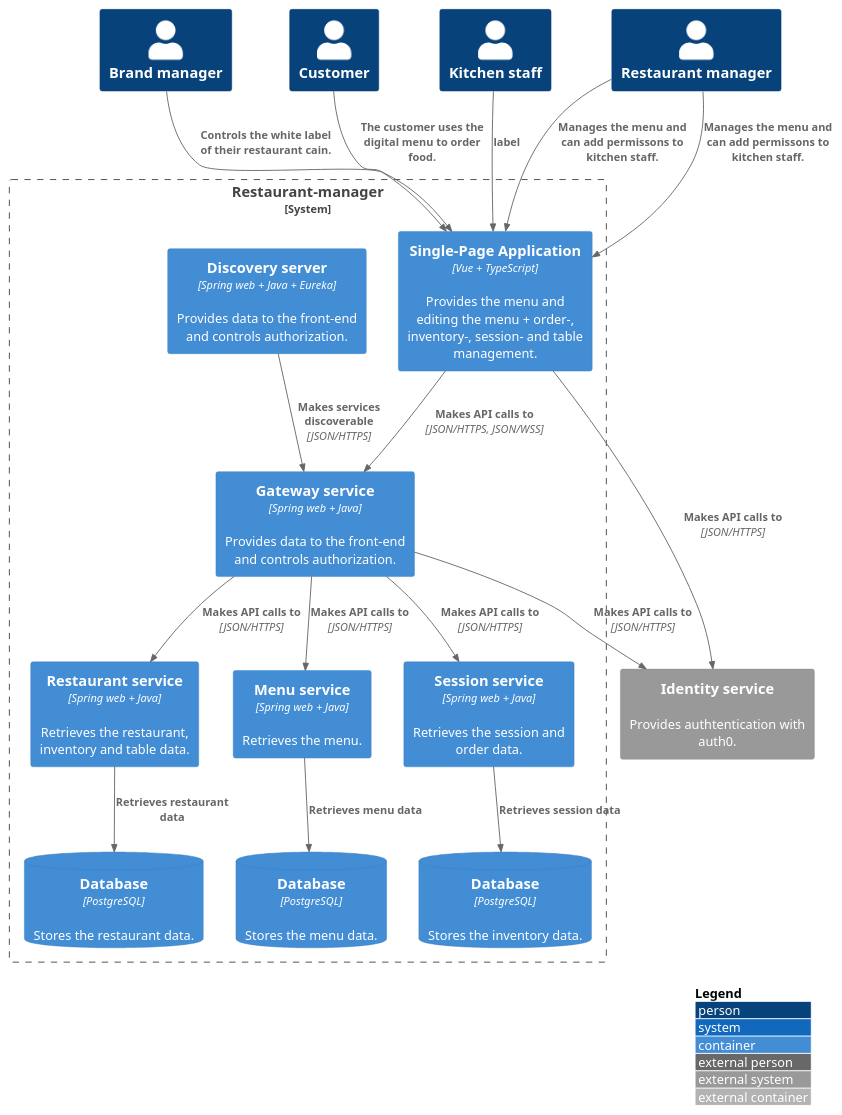
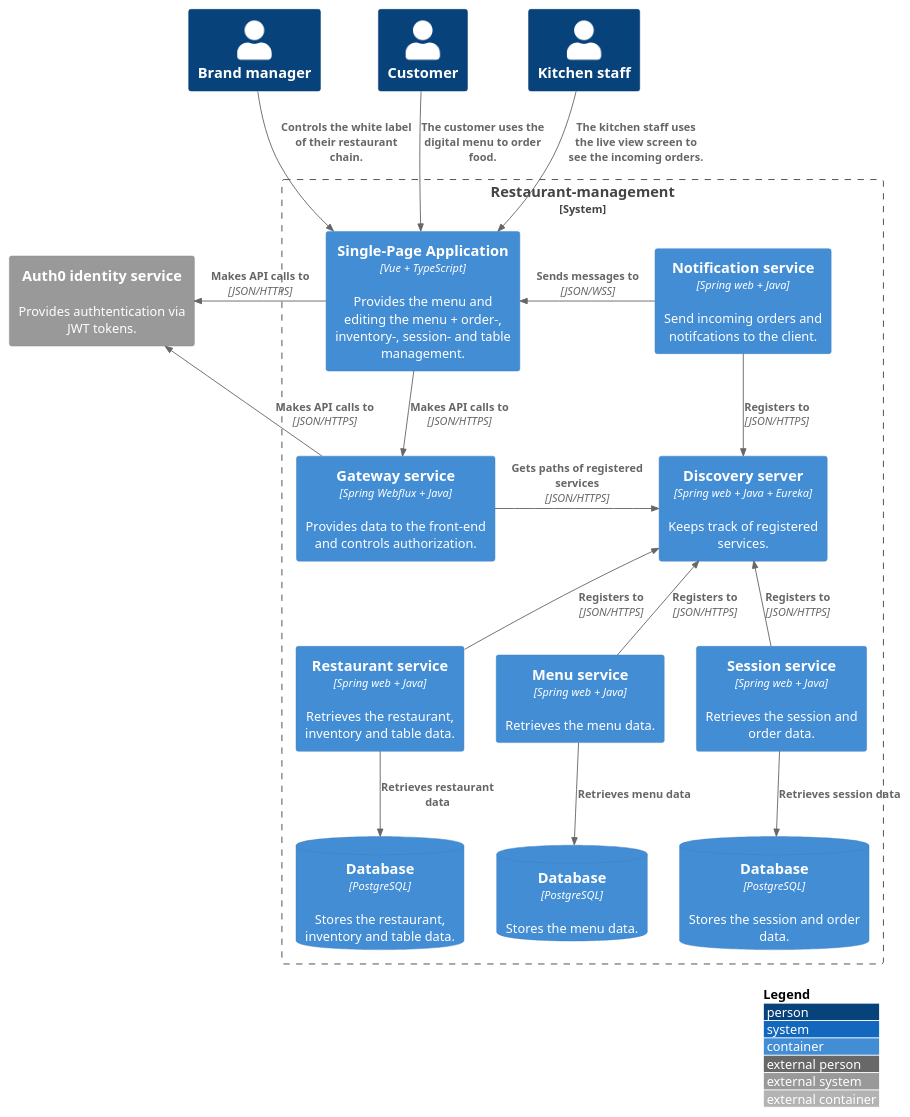
Before and after one commit to FHICT-Owen/S3-GPS-DOCS: the diagram in diagrams/container.puml, drawn with PlantUML.

```diff
--- a/diagrams/container.puml
+++ b/diagrams/container.puml
@@ -1,48 +1,49 @@
 @startuml C4_Elements
 !include https://raw.githubusercontent.com/plantuml-stdlib/C4-PlantUML/master/C4_Container.puml
 
 LAYOUT_WITH_LEGEND()
 
 Person(brand, "Brand manager")
 Person(customer, "Customer")
 Person(staff, "Kitchen staff")
-Person(manager, "Restaurant manager")
 
-System_Ext(identity, "Identity service", "Provides authtentication with auth0.")
+System_Ext(identity, "Auth0 identity service", "Provides authtentication via JWT tokens.")
 
-System_Boundary(boundry, "Restaurant-manager"){
+System_Boundary(boundry, "Restaurant-management"){
 	Container(spa, "Single-Page Application", "Vue + TypeScript", "Provides the menu and editing the menu + order-, inventory-, session- and table management.")
+	
+	Container(gateway, "Gateway service", "Spring Webflux + Java", "Provides data to the front-end and controls authorization.")
+	
+	Container(discovery, "Discovery server", "Spring web + Java + Eureka", "Keeps track of registered services.")
+	
+	Container(restaurant_service, "Restaurant service", "Spring web + Java", "Retrieves the restaurant, inventory and table data.")
+	Container(menu_service, "Menu service", "Spring web + Java", "Retrieves the menu data.")
+	Container(session_service, "Session service", "Spring web + Java", "Retrieves the session and order data.")
+	Container(notification, "Notification service", "Spring web + Java", "Send incoming orders and notifcations to the client.")
 
-	Container(discovery, "Discovery server", "Spring web + Java + Eureka", "Provides data to the front-end and controls authorization.")
-	Container(gateway, "Gateway service", "Spring web + Java", "Provides data to the front-end and controls authorization.")
-
-	Container(restaurant_service, "Restaurant service", "Spring web + Java", "Retrieves the restaurant, inventory and table data.")
-	Container(menu_service, "Menu service", "Spring web + Java", "Retrieves the menu.")
-	Container(session_service, "Session service", "Spring web + Java", "Retrieves the session and order data.")
-
-	ContainerDb(restaurant_db, "Database", "PostgreSQL", "Stores the restaurant data.")
+	ContainerDb(restaurant_db, "Database", "PostgreSQL", "Stores the restaurant, inventory and table data.")
 	ContainerDb(menu_db, "Database", "PostgreSQL", "Stores the menu data.")
-	ContainerDb(session_db, "Database", "PostgreSQL", "Stores the inventory data.")
+	ContainerDb(session_db, "Database", "PostgreSQL", "Stores the session and order data.")
 }
 
-Rel(customer, spa, "The customer uses the digital menu to order food.")
-Rel(staff, spa, "label")
-Rel(manager, spa, "Manages the menu and can add permissons to kitchen staff.")
-Rel(manager, spa, "Manages the menu and can add permissons to kitchen staff.")
-Rel(brand, spa, "Controls the white label of their restaurant cain.")
+Rel_D(customer, spa, "The customer uses the digital menu to order food.")
+Rel_D(staff, spa, "The kitchen staff uses the live view screen to see the incoming orders.")
+Rel_D(brand, spa, "Controls the white label of their restaurant chain.")
 
-Rel(spa, gateway, "Makes API calls to", "JSON/HTTPS, JSON/WSS")
+Rel_D(spa, gateway, "Makes API calls to", "JSON/HTTPS")
 
-Rel(spa, identity, "Makes API calls to", "JSON/HTTPS")
-Rel(gateway, identity, "Makes API calls to", "JSON/HTTPS")
+Rel_L(spa, identity, "Makes API calls to", "JSON/HTTPS")
+Rel_L(gateway, identity, "Makes API calls to", "JSON/HTTPS")
 
-Rel(discovery, gateway, "Makes services discoverable", "JSON/HTTPS")
+Rel_L(notification, spa, "Sends messages to", "JSON/WSS")
 
-Rel(gateway, menu_service, "Makes API calls to", "JSON/HTTPS")
-Rel(gateway, session_service, "Makes API calls to", "JSON/HTTPS")
-Rel(gateway, restaurant_service, "Makes API calls to", "JSON/HTTPS")
+Rel_R(gateway, discovery, "Gets paths of registered services", "JSON/HTTPS")
+Rel_U(menu_service, discovery, "Registers to", "JSON/HTTPS")
+Rel_U(session_service, discovery, "Registers to", "JSON/HTTPS")
+Rel_U(restaurant_service, discovery, "Registers to", "JSON/HTTPS")
+Rel_D(notification, discovery, "Registers to", "JSON/HTTPS")
 
 Rel(restaurant_service, restaurant_db, "Retrieves restaurant data")
 Rel(menu_service, menu_db, "Retrieves menu data")
 Rel(session_service, session_db, "Retrieves session data")
 @enduml
```
